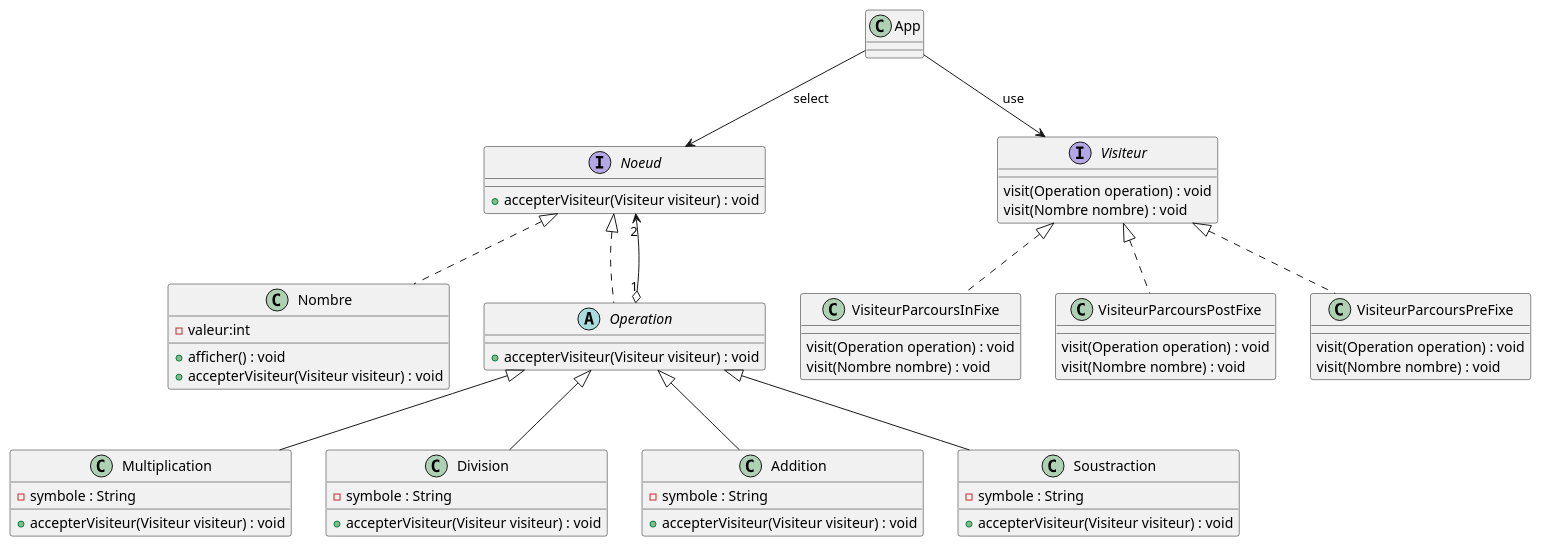
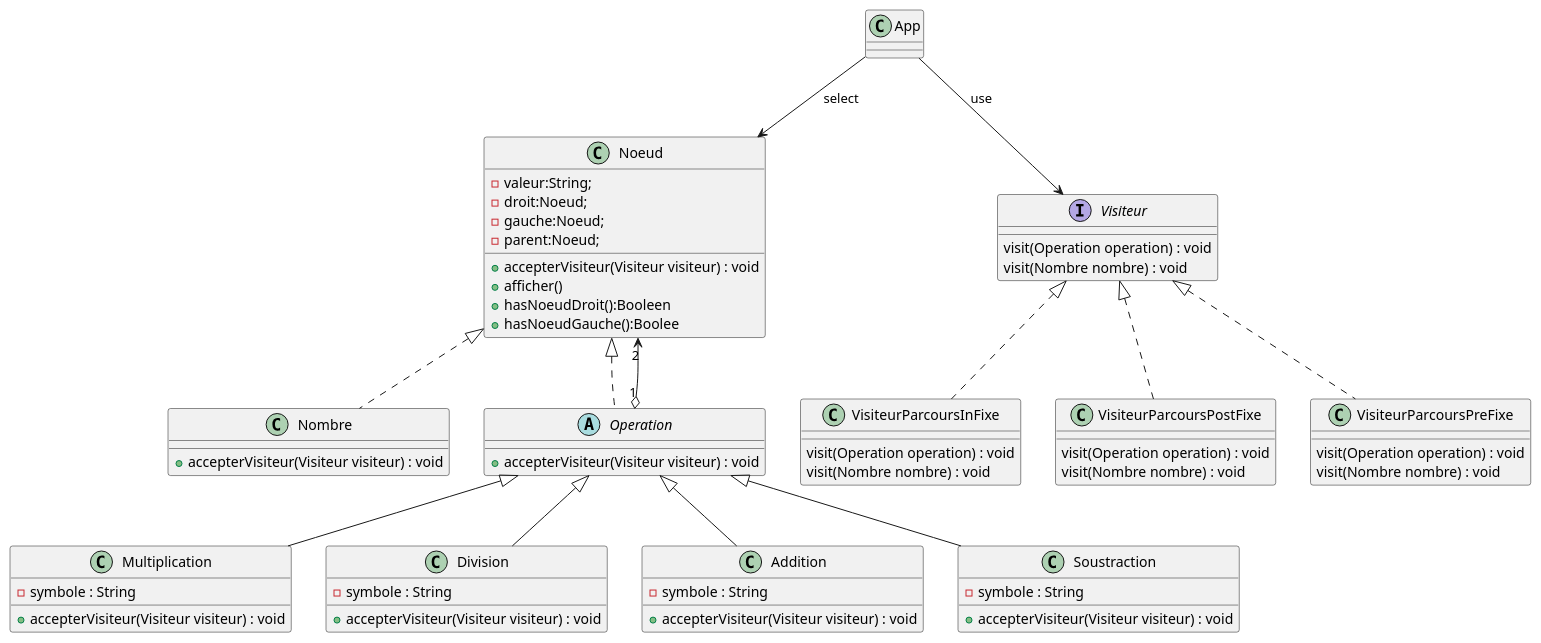
Before and after one commit to KevinDoremy/Mini-projet2: the diagram in README.md, drawn with PlantUML.

````diff
--- a/README.md
+++ b/README.md
@@ -3,66 +3,71 @@
 ```plantuml
 @startuml
 skinparam style strict
 
 class Nombre implements Noeud {
-    -valeur:int
-    + afficher() : void
+
     + accepterVisiteur(Visiteur visiteur) : void
 
 }
 
-interface Noeud {
-
+class Noeud {
+ -valeur:String;
+     -droit:Noeud;
+     -gauche:Noeud;
+     -parent:Noeud;
    + accepterVisiteur(Visiteur visiteur) : void
+   +afficher()
+   +hasNoeudDroit():Booleen
+   +hasNoeudGauche():Boolee
 }
 abstract class Operation implements Noeud {
 
     + accepterVisiteur(Visiteur visiteur) : void
 }
 
 class Multiplication extends Operation {
     - symbole : String
     + accepterVisiteur(Visiteur visiteur) : void
 }
 class Division extends Operation{
     - symbole : String
     + accepterVisiteur(Visiteur visiteur) : void
 }
 class Addition extends Operation{
     - symbole : String
     + accepterVisiteur(Visiteur visiteur) : void
 }
 class Soustraction extends Operation{
     - symbole : String
     + accepterVisiteur(Visiteur visiteur) : void
 }
 
 class App
 
 interface Visiteur {
     visit(Operation operation) : void
     visit(Nombre nombre) : void
 }
 
 class VisiteurParcoursInFixe implements Visiteur {
     visit(Operation operation) : void
     visit(Nombre nombre) : void
 }
 
 class VisiteurParcoursPostFixe implements Visiteur {
     visit(Operation operation) : void
     visit(Nombre nombre) : void
 }
 
 class VisiteurParcoursPreFixe implements Visiteur {
     visit(Operation operation) : void
     visit(Nombre nombre) : void
 }
 
 
 App --> Noeud: select
 App --> Visiteur : use
 Noeud "2" <--o "1" Operation
 
 @enduml
 ```
````
